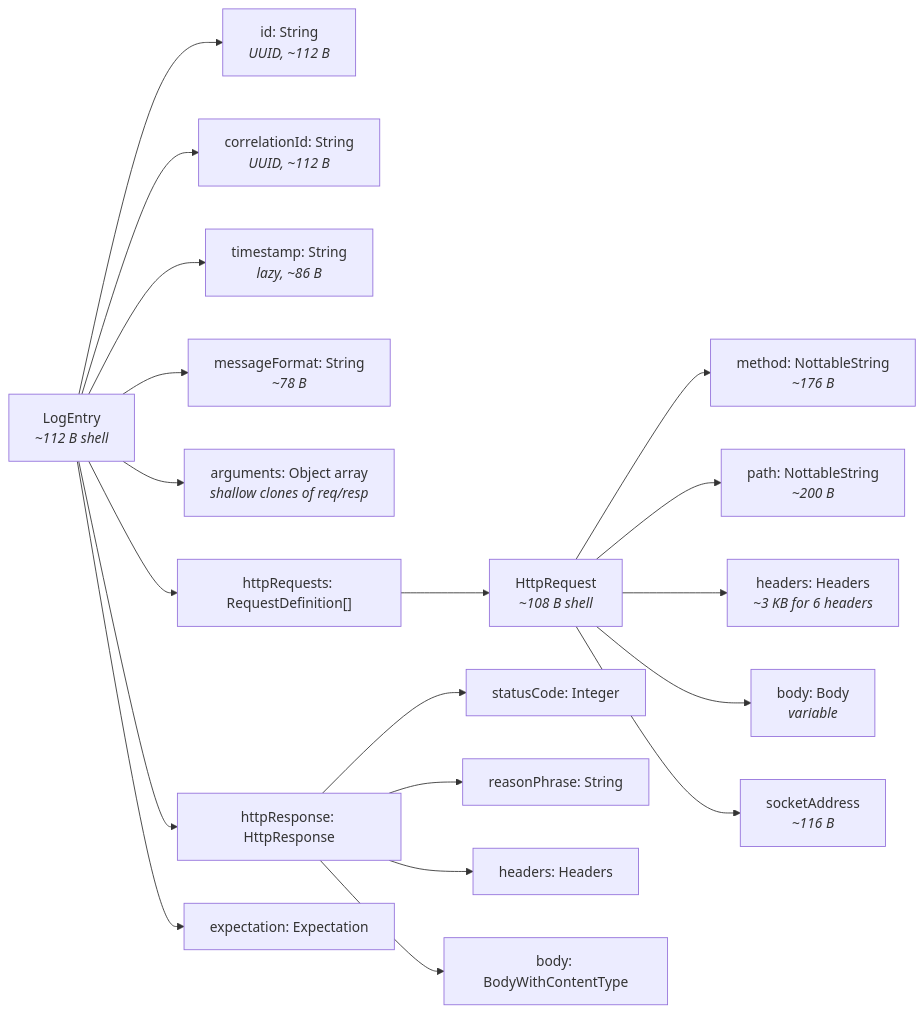
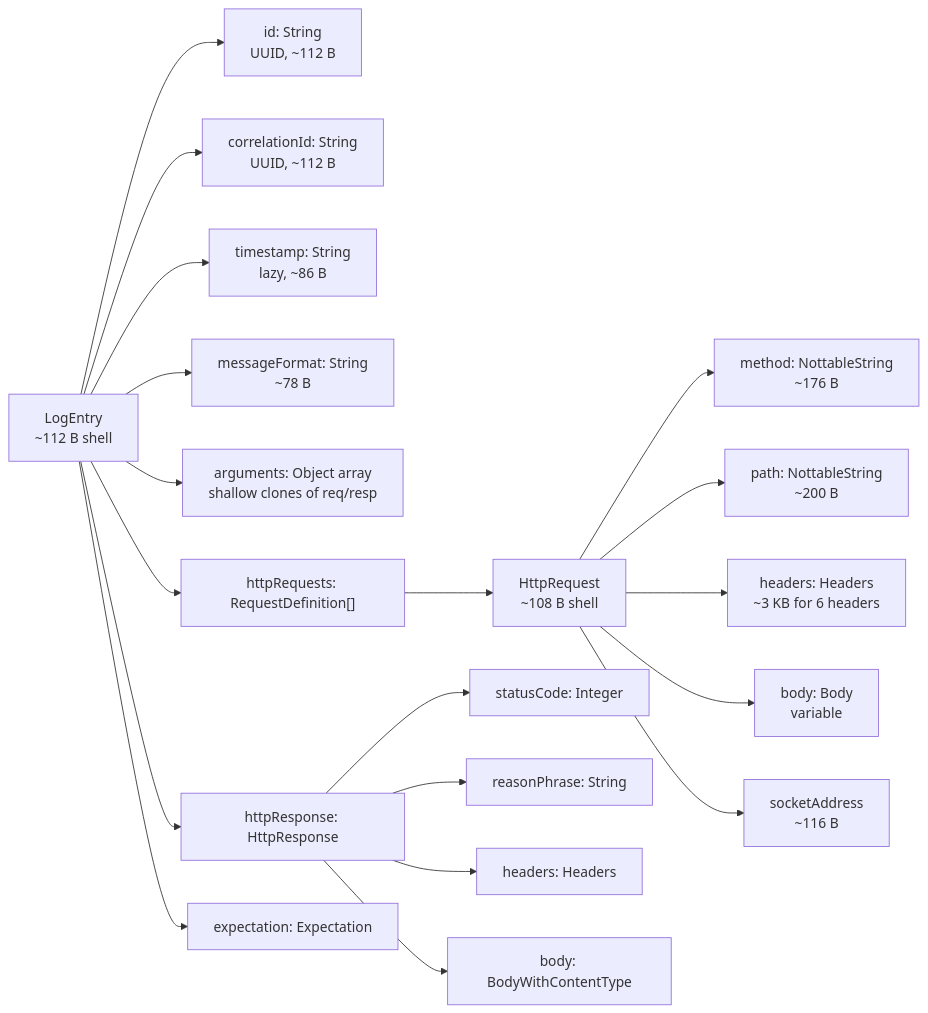
The second of 2 diagrams in docs/code/memory-management.md (mock-server/mockserver), drawn with Mermaid before and after one commit. The commit also changed other lines of this file and 21 other files, not shown here.

First line of the commit message:
fix(docs): remove HTML tags from Mermaid diagrams to fix GitHub rendering

````diff
--- a/docs/code/memory-management.md
+++ b/docs/code/memory-management.md
@@ -98,24 +104,36 @@
 ```mermaid
 graph LR
-    LE[LogEntry<br/><i>~112 B shell</i>]
-    LE --> ID[id: String<br/><i>UUID, ~112 B</i>]
-    LE --> CID[correlationId: String<br/><i>UUID, ~112 B</i>]
-    LE --> TS[timestamp: String<br/><i>lazy, ~86 B</i>]
-    LE --> MF[messageFormat: String<br/><i>~78 B</i>]
-    LE --> ARGS[arguments: Object array<br/><i>shallow clones of req/resp</i>]
+    LE["LogEntry
+    ~112 B shell"]
+    LE --> ID["id: String
+    UUID, ~112 B"]
+    LE --> CID["correlationId: String
+    UUID, ~112 B"]
+    LE --> TS["timestamp: String
+    lazy, ~86 B"]
+    LE --> MF["messageFormat: String
+    ~78 B"]
+    LE --> ARGS["arguments: Object array
+    shallow clones of req/resp"]
     LE --> REQ["httpRequests: RequestDefinition[]"]
     LE --> RESP[httpResponse: HttpResponse]
     LE --> EXP[expectation: Expectation]
 
-    REQ --> HR[HttpRequest<br/><i>~108 B shell</i>]
-    HR --> METHOD[method: NottableString<br/><i>~176 B</i>]
-    HR --> PATH[path: NottableString<br/><i>~200 B</i>]
-    HR --> HDRS[headers: Headers<br/><i>~3 KB for 6 headers</i>]
-    HR --> BODY[body: Body<br/><i>variable</i>]
-    HR --> SA[socketAddress<br/><i>~116 B</i>]
+    REQ --> HR["HttpRequest
+    ~108 B shell"]
+    HR --> METHOD["method: NottableString
+    ~176 B"]
+    HR --> PATH["path: NottableString
+    ~200 B"]
+    HR --> HDRS["headers: Headers
+    ~3 KB for 6 headers"]
+    HR --> BODY["body: Body
+    variable"]
+    HR --> SA["socketAddress
+    ~116 B"]
 
     RESP --> SC[statusCode: Integer]
     RESP --> RP[reasonPhrase: String]
     RESP --> RHDRS[headers: Headers]
     RESP --> RBODY[body: BodyWithContentType]
 ```
````
